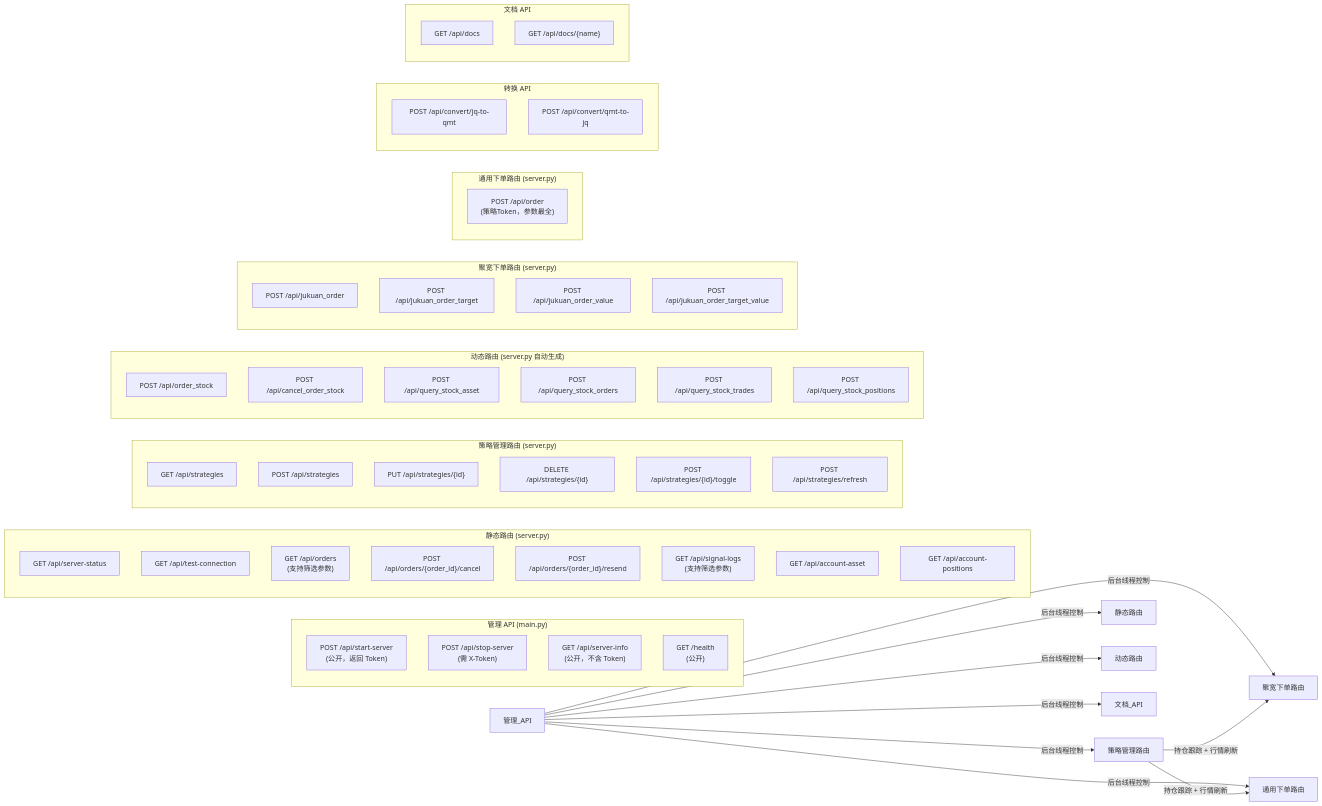
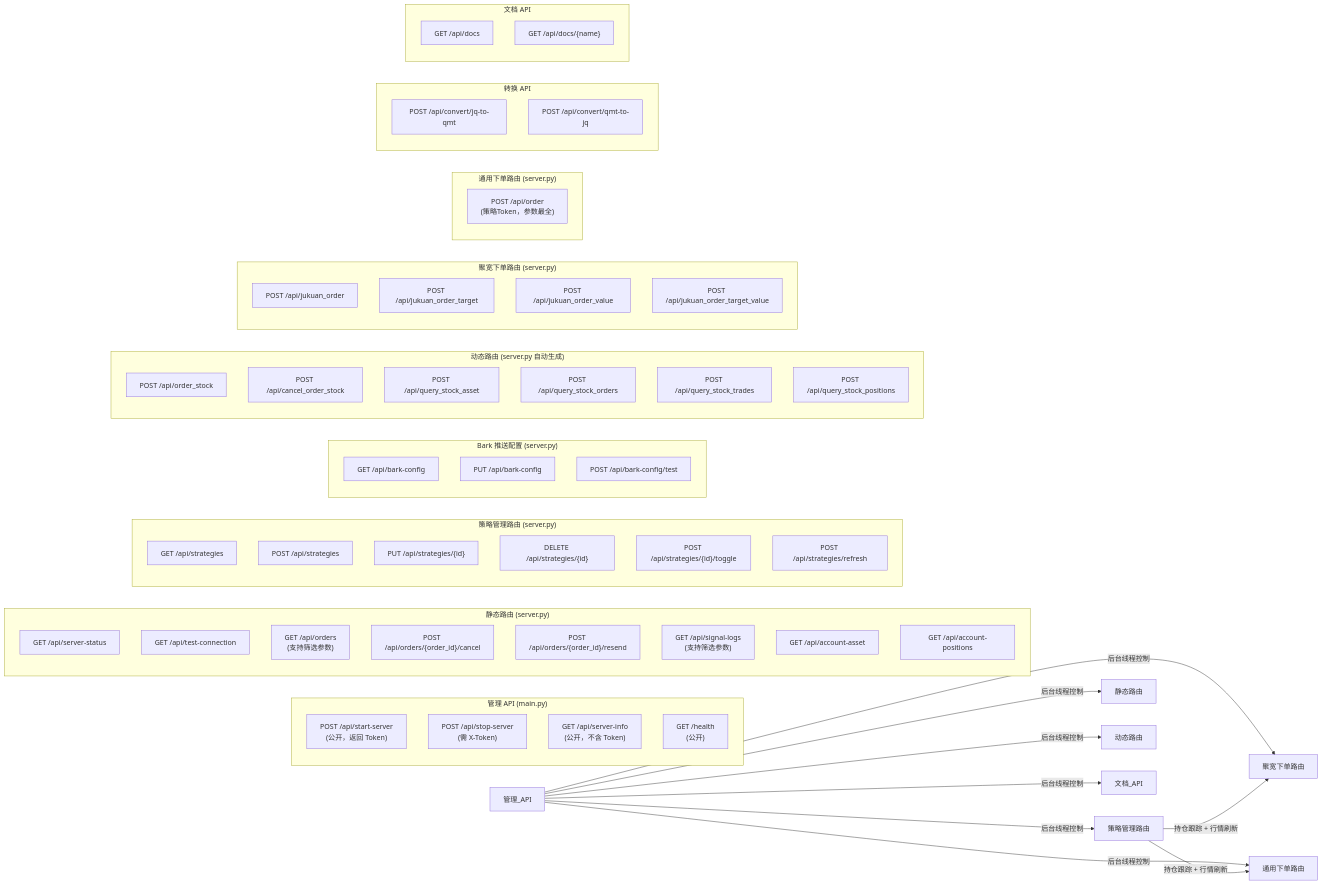
The fourth of 4 diagrams in product-doc/IMPLEMENTATION_PLAN.md (Dada-liu/QMT-Live-Assistant), drawn with Mermaid before and after one commit. The commit also changed other lines of this file and 25 other files, not shown here.

````diff
--- a/product-doc/IMPLEMENTATION_PLAN.md
+++ b/product-doc/IMPLEMENTATION_PLAN.md
@@ -278,68 +278,74 @@
 ```mermaid
 graph LR
     subgraph "管理 API (main.py)"
         START["POST /api/start-server<br/>(公开，返回 Token)"]
         STOP["POST /api/stop-server<br/>(需 X-Token)"]
         INFO["GET /api/server-info<br/>(公开，不含 Token)"]
         HEALTH["GET /health<br/>(公开)"]
     end
 
     subgraph "静态路由 (server.py)"
         STATUS["GET /api/server-status"]
         CONN["GET /api/test-connection"]
         ORDERS["GET /api/orders<br/>(支持筛选参数)"]
         ORDER_CANCEL["POST /api/orders/{order_id}/cancel"]
         ORDER_RESEND["POST /api/orders/{order_id}/resend"]
         SIG_LOGS["GET /api/signal-logs<br/>(支持筛选参数)"]
         ASSET["GET /api/account-asset"]
         POS["GET /api/account-positions"]
     end
 
     subgraph "策略管理路由 (server.py)"
         S_LIST["GET /api/strategies"]
         S_CREATE["POST /api/strategies"]
         S_UPDATE["PUT /api/strategies/{id}"]
         S_DELETE["DELETE /api/strategies/{id}"]
         S_TOGGLE["POST /api/strategies/{id}/toggle"]
         S_REFRESH["POST /api/strategies/refresh"]
+    end
+
+    subgraph "Bark 推送配置 (server.py)"
+        BARK_GET["GET /api/bark-config"]
+        BARK_PUT["PUT /api/bark-config"]
+        BARK_TEST["POST /api/bark-config/test"]
     end
 
     subgraph "动态路由 (server.py 自动生成)"
         D1["POST /api/order_stock"]
         D2["POST /api/cancel_order_stock"]
         D3["POST /api/query_stock_asset"]
         D4["POST /api/query_stock_orders"]
         D5["POST /api/query_stock_trades"]
         D6["POST /api/query_stock_positions"]
     end
 
     subgraph "聚宽下单路由 (server.py)"
         JK1["POST /api/jukuan_order"]
         JK2["POST /api/jukuan_order_target"]
         JK3["POST /api/jukuan_order_value"]
         JK4["POST /api/jukuan_order_target_value"]
     end
 
     subgraph "通用下单路由 (server.py)"
         GO["POST /api/order<br/>(策略Token，参数最全)"]
     end
 
     subgraph "转换 API"
         JQ["POST /api/convert/jq-to-qmt"]
         QJ["POST /api/convert/qmt-to-jq"]
     end
 
     subgraph "文档 API"
         DOC_LIST["GET /api/docs"]
         DOC_GET["GET /api/docs/{name}"]
     end
 
     管理_API -->|"后台线程控制"| 策略管理路由
     管理_API -->|"后台线程控制"| 静态路由
     管理_API -->|"后台线程控制"| 动态路由
     管理_API -->|"后台线程控制"| 聚宽下单路由
     管理_API -->|"后台线程控制"| 通用下单路由
     管理_API -->|"后台线程控制"| 文档_API
     策略管理路由 -->|"持仓跟踪 + 行情刷新"| 聚宽下单路由
     策略管理路由 -->|"持仓跟踪 + 行情刷新"| 通用下单路由
 ```
````
